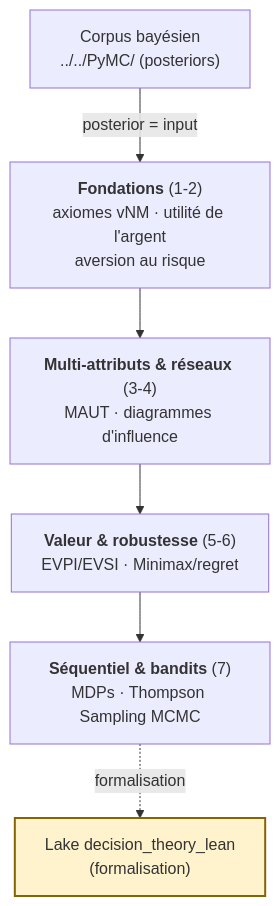
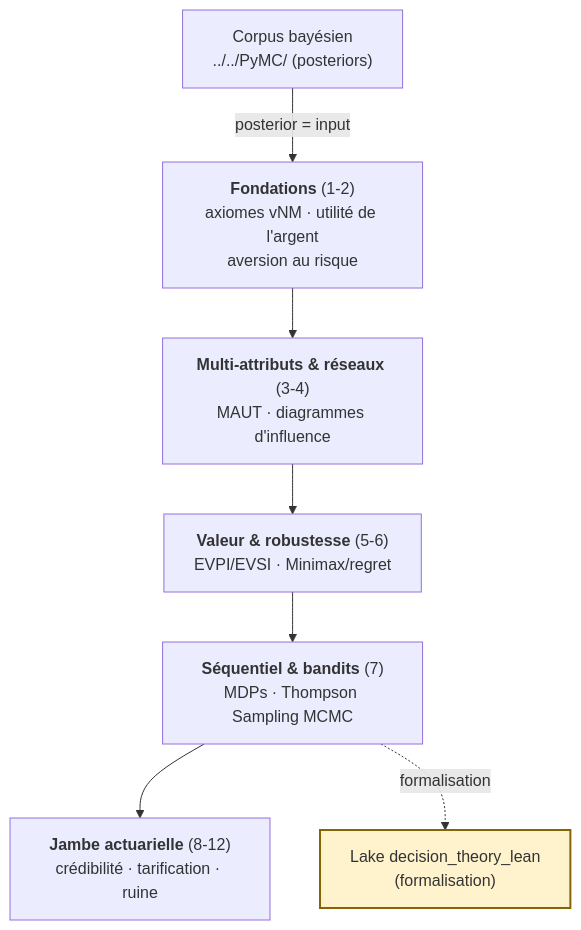
Before and after one commit to jsboige/CoursIA: the diagram in MyIA.AI.Notebooks/Probas/DecisionTheory/PyMC/README.md, drawn with Mermaid. The commit also changed other lines of this file and 3 other files, not shown here.

````diff
--- a/MyIA.AI.Notebooks/Probas/DecisionTheory/PyMC/README.md
+++ b/MyIA.AI.Notebooks/Probas/DecisionTheory/PyMC/README.md
@@ -61,14 +66,15 @@
 ```mermaid
 flowchart TD
     A["<b>Fondations</b> (1-2)<br/>axiomes vNM · utilité de l'argent<br/>aversion au risque"]
     B["<b>Multi-attributs & réseaux</b> (3-4)<br/>MAUT · diagrammes d'influence"]
     C["<b>Valeur & robustesse</b> (5-6)<br/>EVPI/EVSI · Minimax/regret"]
     D["<b>Séquentiel & bandits</b> (7)<br/>MDPs · Thompson Sampling MCMC"]
+    E["<b>Jambe actuarielle</b> (8-12)<br/>crédibilité · tarification · ruine"]
     BAY["Corpus bayésien<br/>../../PyMC/ (posteriors)"]
     LAKE["Lake decision_theory_lean<br/>(formalisation)"]
     BAY -->|"posterior = input"| A
-    A --> B --> C --> D
+    A --> B --> C --> D --> E
     D -.->|"formalisation"| LAKE
     classDef lake fill:#fff3cd,stroke:#856404,stroke-width:2px;
     class LAKE lake;
 ```
````
